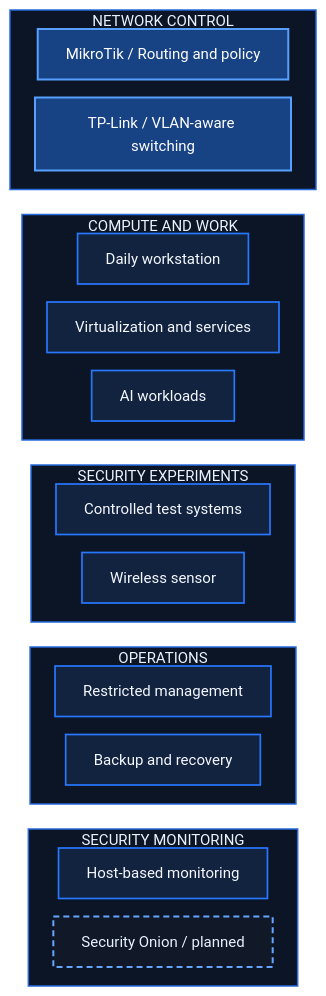
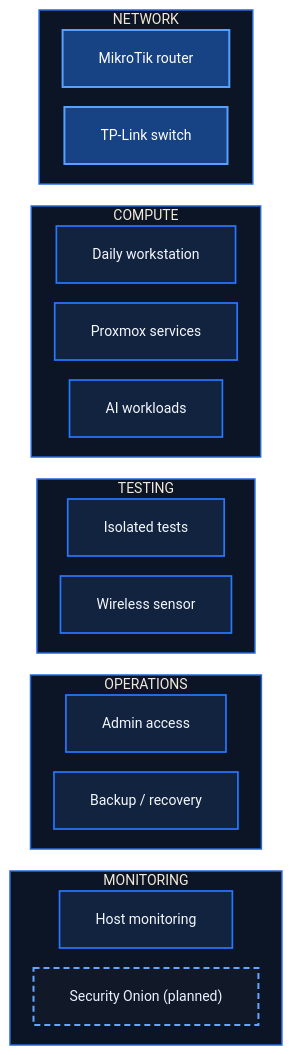
The diagram in docs/architecture/network-topology.md (ITLLERY/itllery-homelab), drawn with Mermaid before and after one commit. The commit also changed other lines of this file and 5 other files, not shown here.

Commit message:
docs: add Lenovo BIOS stability notes and repair Mermaid labels

````diff
--- a/docs/architecture/network-topology.md
+++ b/docs/architecture/network-topology.md
@@ -8,52 +8,52 @@
 ```mermaid
-%%{init: {"theme":"base","themeVariables":{"background":"#080C14","primaryColor":"#14233F","primaryTextColor":"#F5F8FF","primaryBorderColor":"#2375FF","lineColor":"#3380FF","secondaryColor":"#0D1627","tertiaryColor":"#0D1627","clusterBkg":"#0C1525","clusterBorder":"#2872E8","fontFamily":"Arial, Helvetica, sans-serif","fontSize":"15px"},"flowchart":{"nodeSpacing":18,"rankSpacing":25,"padding":14}}}%%
+%%{init: {"theme":"base","themeVariables":{"background":"#080C14","primaryColor":"#14233F","primaryTextColor":"#F5F8FF","primaryBorderColor":"#2375FF","lineColor":"#3380FF","secondaryColor":"#0D1627","tertiaryColor":"#0D1627","clusterBkg":"#0C1525","clusterBorder":"#2872E8","fontFamily":"Arial, Helvetica, sans-serif","fontSize":"14px"},"flowchart":{"htmlLabels":false,"nodeSpacing":20,"rankSpacing":22,"padding":18}}}%%
 flowchart TB
-    subgraph Network["NETWORK CONTROL"]
+    subgraph Network["NETWORK"]
         direction LR
-        Router["MikroTik / Routing and policy"]
-        Switch["TP-Link / VLAN-aware switching"]
+        Router["MikroTik router"]
+        Switch["TP-Link switch"]
     end
 
-    subgraph Work["COMPUTE AND WORK"]
+    subgraph Work["COMPUTE"]
         direction LR
         Daily["Daily workstation"]
-        Virtual["Virtualization and services"]
+        Virtual["Proxmox services"]
         AI["AI workloads"]
     end
 
-    subgraph Security["SECURITY EXPERIMENTS"]
+    subgraph Security["TESTING"]
         direction LR
-        Tests["Controlled test systems"]
+        Tests["Isolated tests"]
         Wireless["Wireless sensor"]
     end
 
     subgraph Operations["OPERATIONS"]
         direction LR
-        Admin["Restricted management"]
-        Backup["Backup and recovery"]
+        Admin["Admin access"]
+        Backup["Backup / recovery"]
     end
 
-    subgraph Monitoring["SECURITY MONITORING"]
+    subgraph Monitoring["MONITORING"]
         direction LR
-        Host["Host-based monitoring"]
-        Onion["Security Onion / planned"]
+        Host["Host monitoring"]
+        Onion["Security Onion (planned)"]
     end
 
     %% Invisible links control the vertical layout; they are NOT network connections.
     Network ~~~ Work
     Work ~~~ Security
     Security ~~~ Operations
     Operations ~~~ Monitoring
 
     classDef regular fill:#12233F,stroke:#2777FF,color:#F5F8FF,stroke-width:1.7px;
     classDef accent fill:#174284,stroke:#57A0FF,color:#FFFFFF,stroke-width:2px;
     classDef planned fill:#111827,stroke:#64A5FF,color:#E8F1FF,stroke-width:2px,stroke-dasharray:6 4;
     class Router,Switch,Daily,Virtual,AI,Tests,Wireless,Admin,Backup,Host regular;
     class Onion planned;
     class Router,Switch accent;
     style Network fill:#0C1525,stroke:#2569DB,stroke-width:1.5px,color:#EAF2FF
     style Work fill:#0C1525,stroke:#2569DB,stroke-width:1.5px,color:#EAF2FF
     style Security fill:#0C1525,stroke:#2569DB,stroke-width:1.5px,color:#EAF2FF
     style Operations fill:#0C1525,stroke:#2569DB,stroke-width:1.5px,color:#EAF2FF
     style Monitoring fill:#0C1525,stroke:#2569DB,stroke-width:1.5px,color:#EAF2FF
 ```
````
